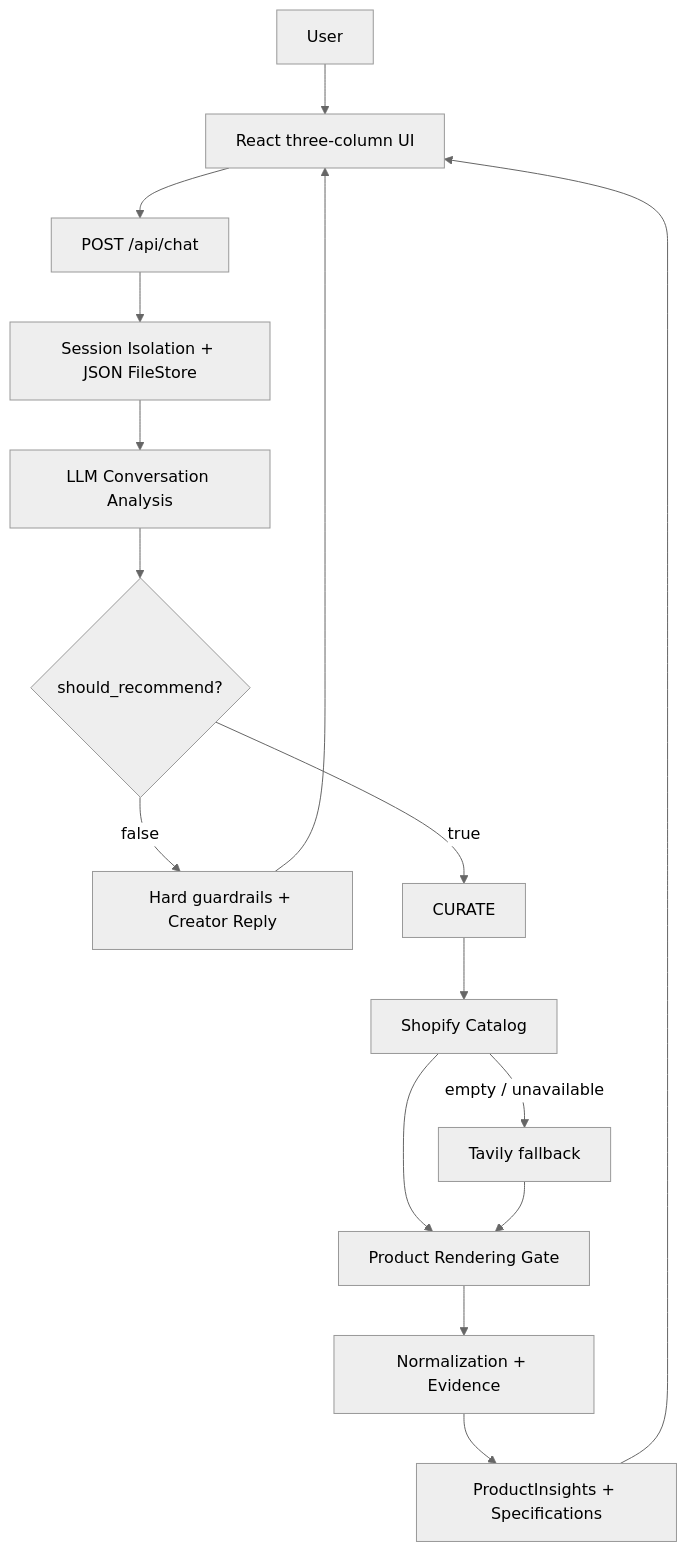
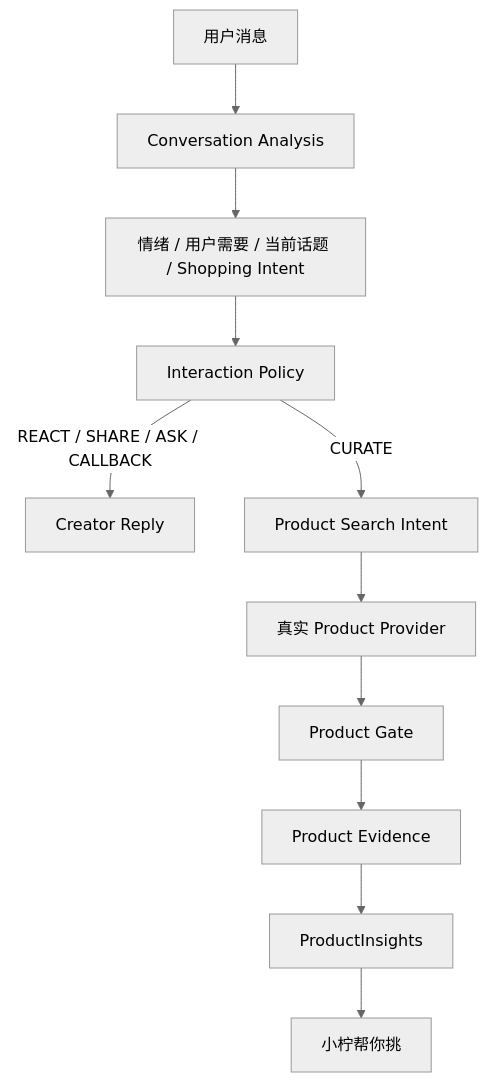
The first of 2 diagrams in docs/final-submission.md (haomingweng3-eng/xiaoning-virtual-creator), drawn with Mermaid (neutral theme) before and after one commit. The commit also changed other lines of this file, not shown here.

````diff
--- a/docs/final-submission.md
+++ b/docs/final-submission.md
@@ -27,18 +47,13 @@
 ```mermaid
 flowchart TD
-    U[User] --> UI[React three-column UI]
-    UI --> API[POST /api/chat]
-    API --> S[Session Isolation + JSON FileStore]
-    S --> A[LLM Conversation Analysis]
-    A --> D{should_recommend?}
-    D -- false --> G[Hard guardrails + Creator Reply]
-    D -- true --> C[CURATE]
-    C --> P[Shopify Catalog]
-    P -->|empty / unavailable| T[Tavily fallback]
-    P --> E[Product Rendering Gate]
-    T --> E
-    E --> N[Normalization + Evidence]
-    N --> I[ProductInsights + Specifications]
-    I --> UI
-    G --> UI
+    U[用户消息] --> A[Conversation Analysis]
+    A --> S[情绪 / 用户需要 / 当前话题 / Shopping Intent]
+    S --> P[Interaction Policy]
+    P -->|REACT / SHARE / ASK / CALLBACK| R[Creator Reply]
+    P -->|CURATE| I[Product Search Intent]
+    I --> PR[真实 Product Provider]
+    PR --> G[Product Gate]
+    G --> E[Product Evidence]
+    E --> PI[ProductInsights]
+    PI --> C[小柠帮你挑]
 ```
````
